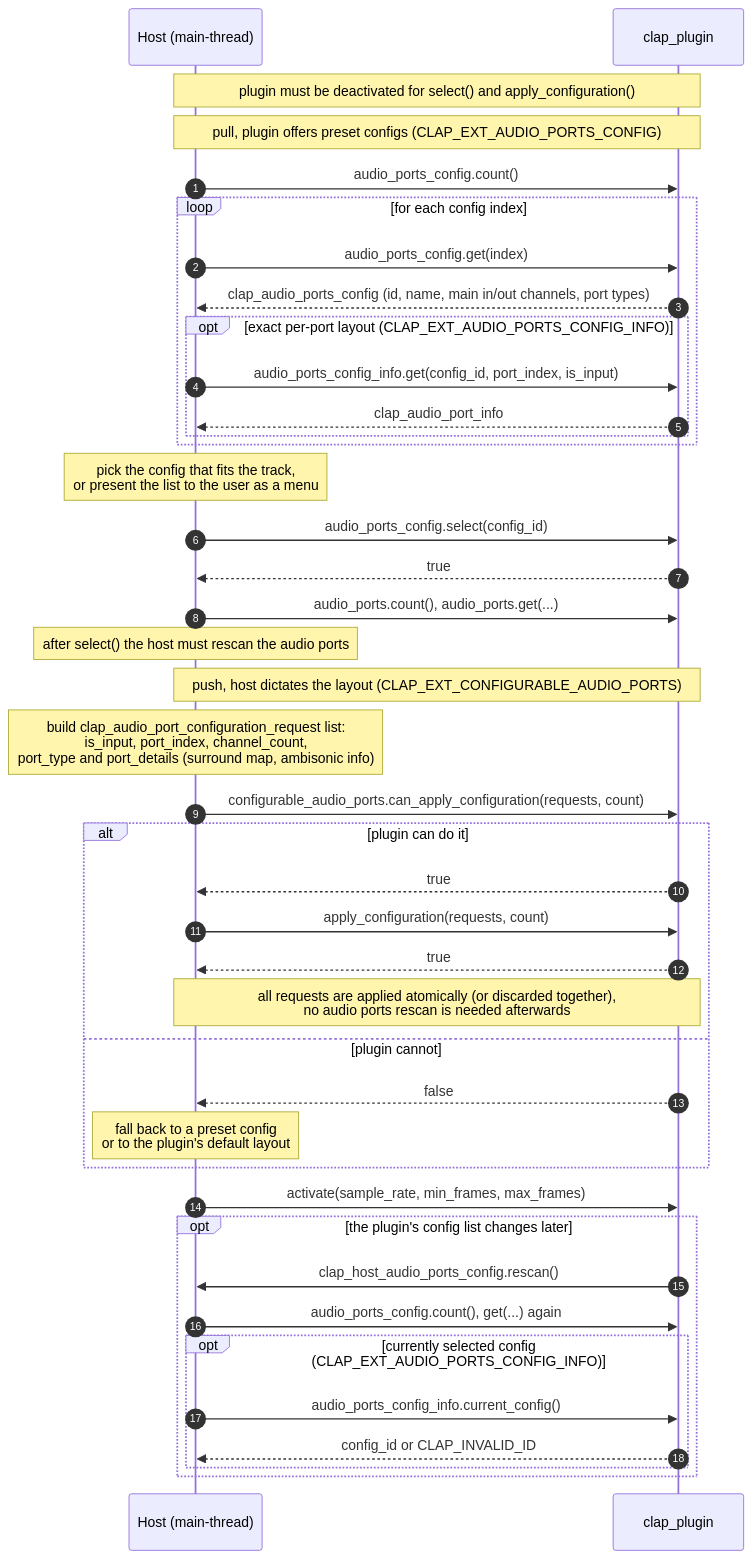
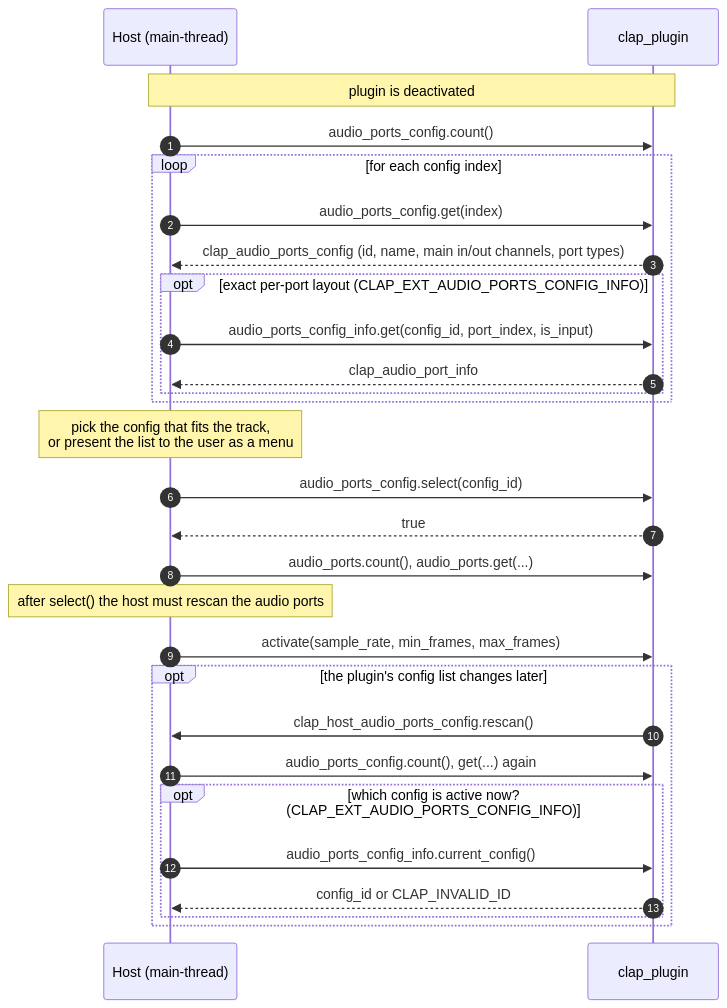
Before and after one commit to defiantnerd/clap: diagram 13 of 17 in docs/diagrams.md, drawn with Mermaid. The commit also changed other lines of this file, not shown here.

Commit message:
splitting the audio configuration

````diff
--- a/docs/diagrams.md
+++ b/docs/diagrams.md
@@ -470,48 +476,34 @@
 ```mermaid
 sequenceDiagram
     autonumber
     participant H as Host (main-thread)
     participant P as clap_plugin
 
-    Note over H,P: plugin must be deactivated for select() and apply_configuration()
+    Note over H,P: plugin is deactivated
 
-    Note over H,P: pull, plugin offers preset configs (CLAP_EXT_AUDIO_PORTS_CONFIG)
     H->>P: audio_ports_config.count()
     loop for each config index
         H->>P: audio_ports_config.get(index)
         P-->>H: clap_audio_ports_config (id, name, main in/out channels, port types)
         opt exact per-port layout (CLAP_EXT_AUDIO_PORTS_CONFIG_INFO)
             H->>P: audio_ports_config_info.get(config_id, port_index, is_input)
             P-->>H: clap_audio_port_info
         end
     end
+
     Note over H: pick the config that fits the track,<br/>or present the list to the user as a menu
     H->>P: audio_ports_config.select(config_id)
     P-->>H: true
     H->>P: audio_ports.count(), audio_ports.get(...)
     Note over H: after select() the host must rescan the audio ports
-
-    Note over H,P: push, host dictates the layout (CLAP_EXT_CONFIGURABLE_AUDIO_PORTS)
-    Note over H: build clap_audio_port_configuration_request list:<br/>is_input, port_index, channel_count,<br/>port_type and port_details (surround map, ambisonic info)
-    H->>P: configurable_audio_ports.can_apply_configuration(requests, count)
-    alt plugin can do it
-        P-->>H: true
-        H->>P: apply_configuration(requests, count)
-        P-->>H: true
-        Note over H,P: all requests are applied atomically (or discarded together),<br/>no audio ports rescan is needed afterwards
-    else plugin cannot
-        P-->>H: false
-        Note over H: fall back to a preset config<br/>or to the plugin's default layout
-    end
-
     H->>P: activate(sample_rate, min_frames, max_frames)
 
     opt the plugin's config list changes later
         P->>H: clap_host_audio_ports_config.rescan()
         H->>P: audio_ports_config.count(), get(...) again
-        opt currently selected config (CLAP_EXT_AUDIO_PORTS_CONFIG_INFO)
+        opt which config is active now? (CLAP_EXT_AUDIO_PORTS_CONFIG_INFO)
             H->>P: audio_ports_config_info.current_config()
             P-->>H: config_id or CLAP_INVALID_ID
         end
     end
 ```
````
